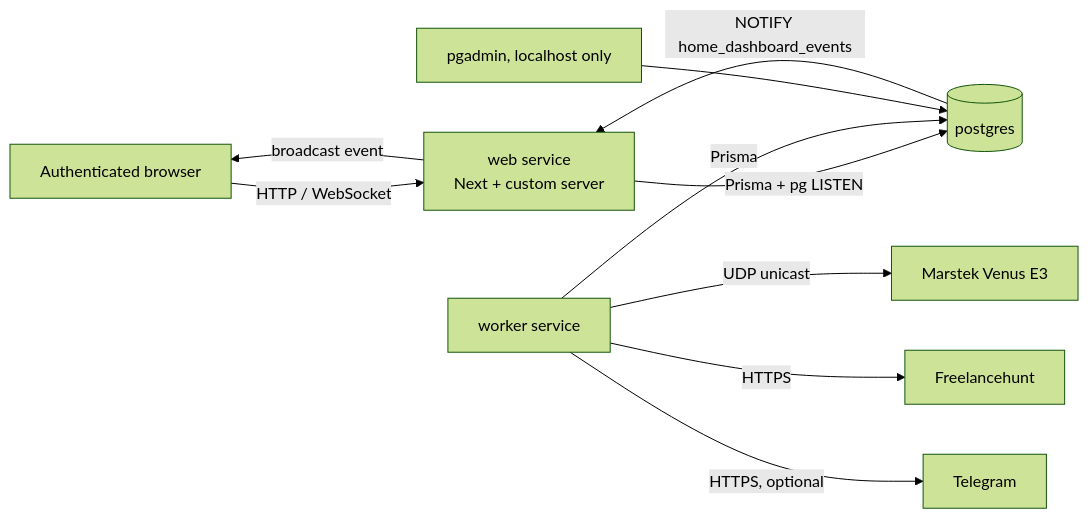
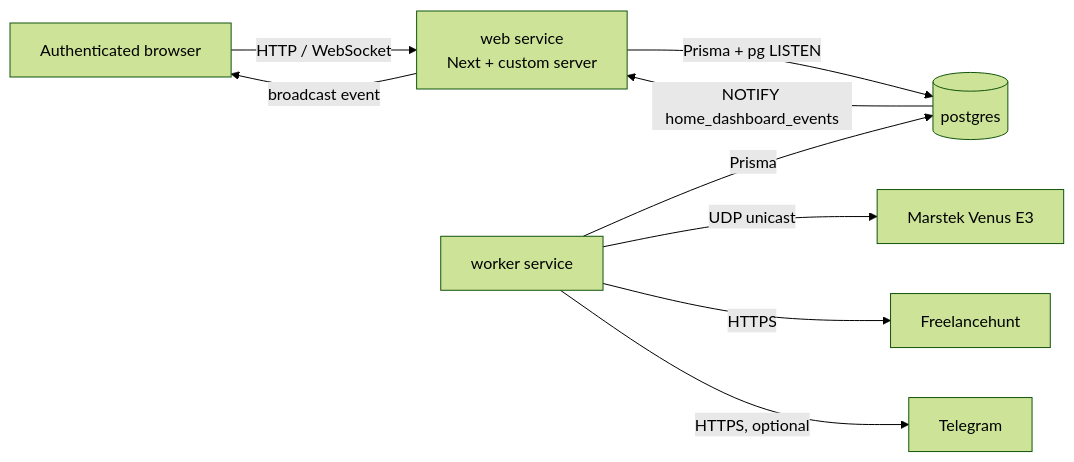
Before and after one commit to GorobVictor/home-dashboard: the second of 5 diagrams in AGENTS.md, drawn with Mermaid (forest theme). The commit also changed other lines of this file and 2 other files, not shown here.

Commit message:
ref: document pgadmin removal

````diff
--- a/AGENTS.md
+++ b/AGENTS.md
@@ -65,12 +64,11 @@
 ```mermaid
 graph LR
   Browser[Authenticated browser] -->|HTTP / WebSocket| Web[web service<br/>Next + custom server]
   Web -->|Prisma + pg LISTEN| DB[(postgres)]
   Worker[worker service] -->|Prisma| DB
   Worker -->|UDP unicast| Device[Marstek Venus E3]
   Worker -->|HTTPS| FH[Freelancehunt]
   Worker -->|HTTPS, optional| TG[Telegram]
-  PGAdmin[pgadmin, localhost only] --> DB
   DB -->|NOTIFY home_dashboard_events| Web
   Web -->|broadcast event| Browser
 ```
````
